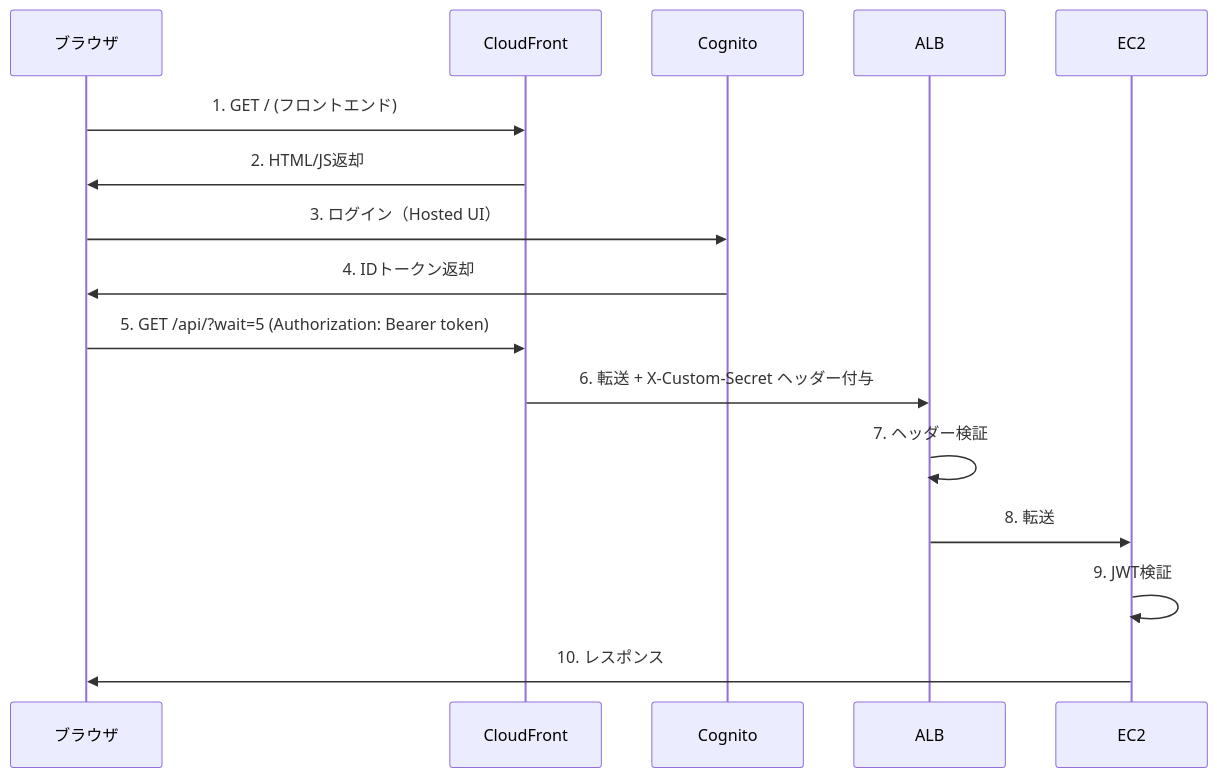
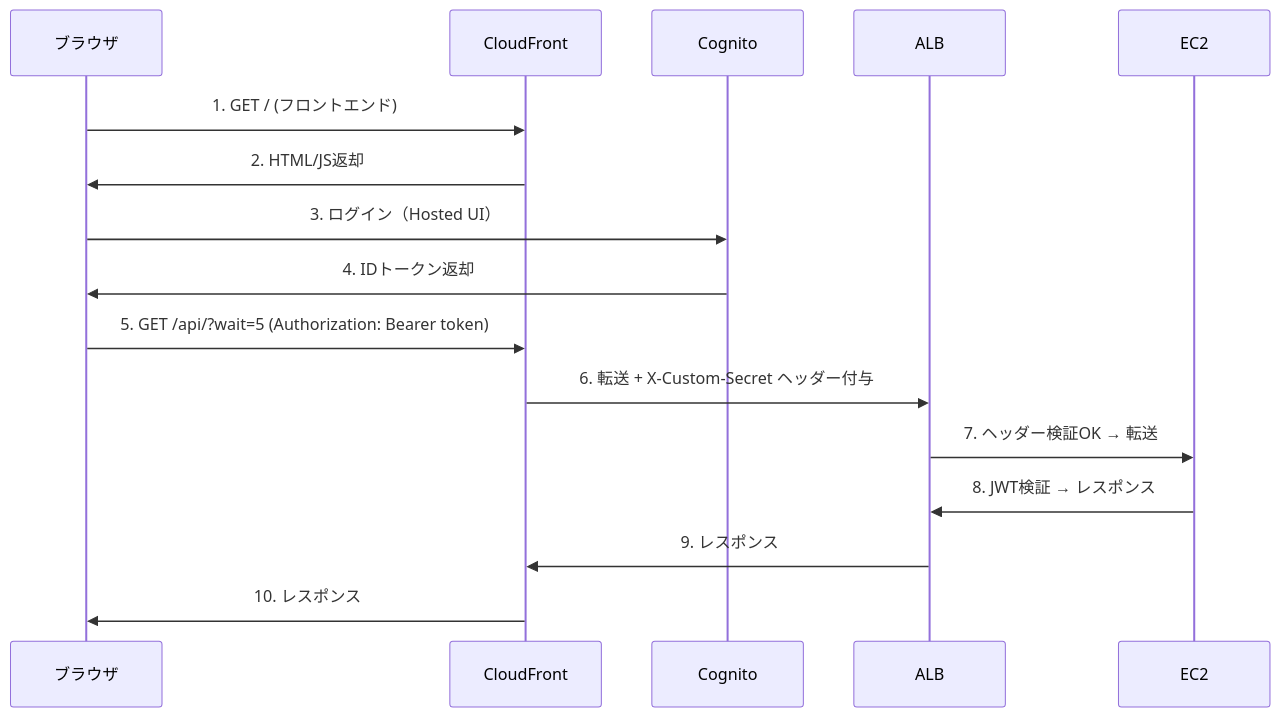
One commit to TORIFUKUKaiou/alb-cognito-demo changed the diagram in README.md. Above: the diagram before and after it, drawn with Mermaid.

Commit message:
Fix sequence diagram response flow

````diff
--- a/README.md
+++ b/README.md
@@ -20,19 +20,19 @@
 ```mermaid
 sequenceDiagram
     participant Browser as ブラウザ
     participant CloudFront
     participant Cognito
     participant ALB
     participant EC2
 
     Browser->>CloudFront: 1. GET / (フロントエンド)
     CloudFront->>Browser: 2. HTML/JS返却
     Browser->>Cognito: 3. ログイン（Hosted UI）
     Cognito->>Browser: 4. IDトークン返却
     Browser->>CloudFront: 5. GET /api/?wait=5 (Authorization: Bearer token)
     CloudFront->>ALB: 6. 転送 + X-Custom-Secret ヘッダー付与
-    ALB->>ALB: 7. ヘッダー検証
-    ALB->>EC2: 8. 転送
-    EC2->>EC2: 9. JWT検証
-    EC2->>Browser: 10. レスポンス
+    ALB->>EC2: 7. ヘッダー検証OK → 転送
+    EC2->>ALB: 8. JWT検証 → レスポンス
+    ALB->>CloudFront: 9. レスポンス
+    CloudFront->>Browser: 10. レスポンス
 ```
````
